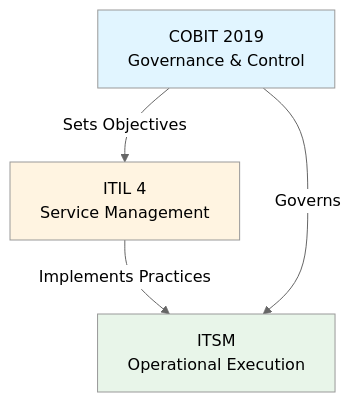
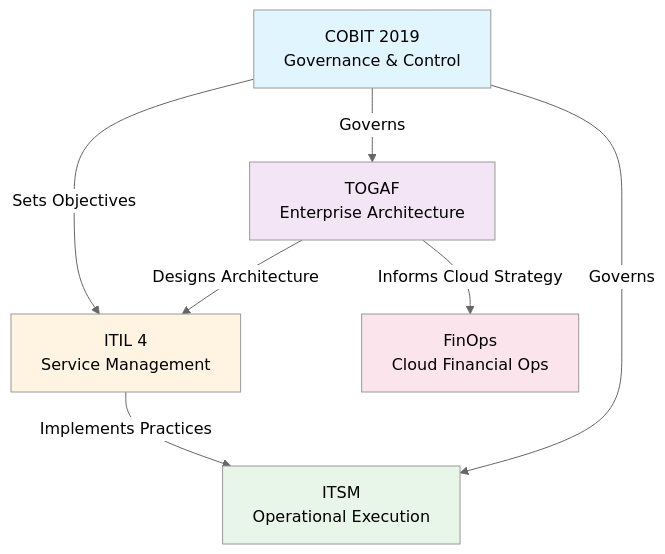
The diagram in README.md (robertusnegoro/framework-learning), drawn with Mermaid (neutral theme) before and after one commit. The commit also changed other lines of this file and 17 other files, not shown here.

````diff
--- a/README.md
+++ b/README.md
@@ -34,10 +35,15 @@
 ```mermaid
 graph TB
     COBIT[COBIT 2019<br/>Governance & Control] -->|Sets Objectives| ITIL[ITIL 4<br/>Service Management]
+    COBIT -->|Governs| TOGAF[TOGAF<br/>Enterprise Architecture]
+    TOGAF -->|Designs Architecture| ITIL
     ITIL -->|Implements Practices| ITSM[ITSM<br/>Operational Execution]
     COBIT -->|Governs| ITSM
+    TOGAF -->|Informs Cloud Strategy| FinOps[FinOps<br/>Cloud Financial Ops]
     
     style COBIT fill:#e1f5ff
     style ITIL fill:#fff4e1
     style ITSM fill:#e8f5e9
+    style TOGAF fill:#f3e5f5
+    style FinOps fill:#fce4ec
 ```
````
